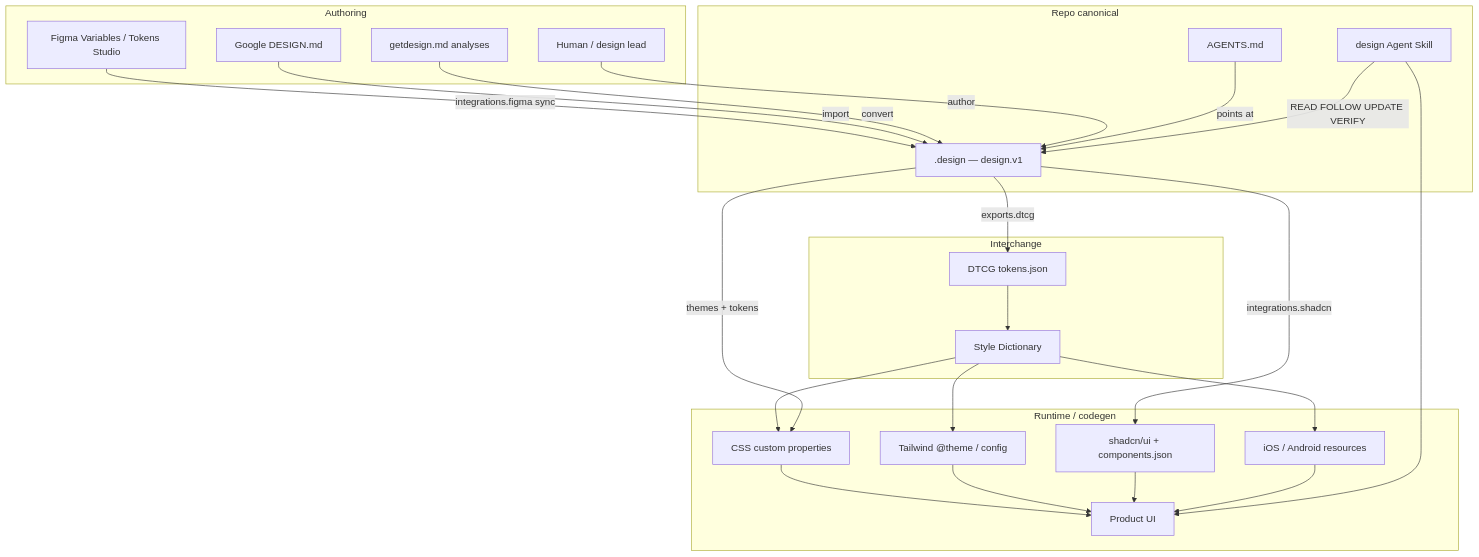
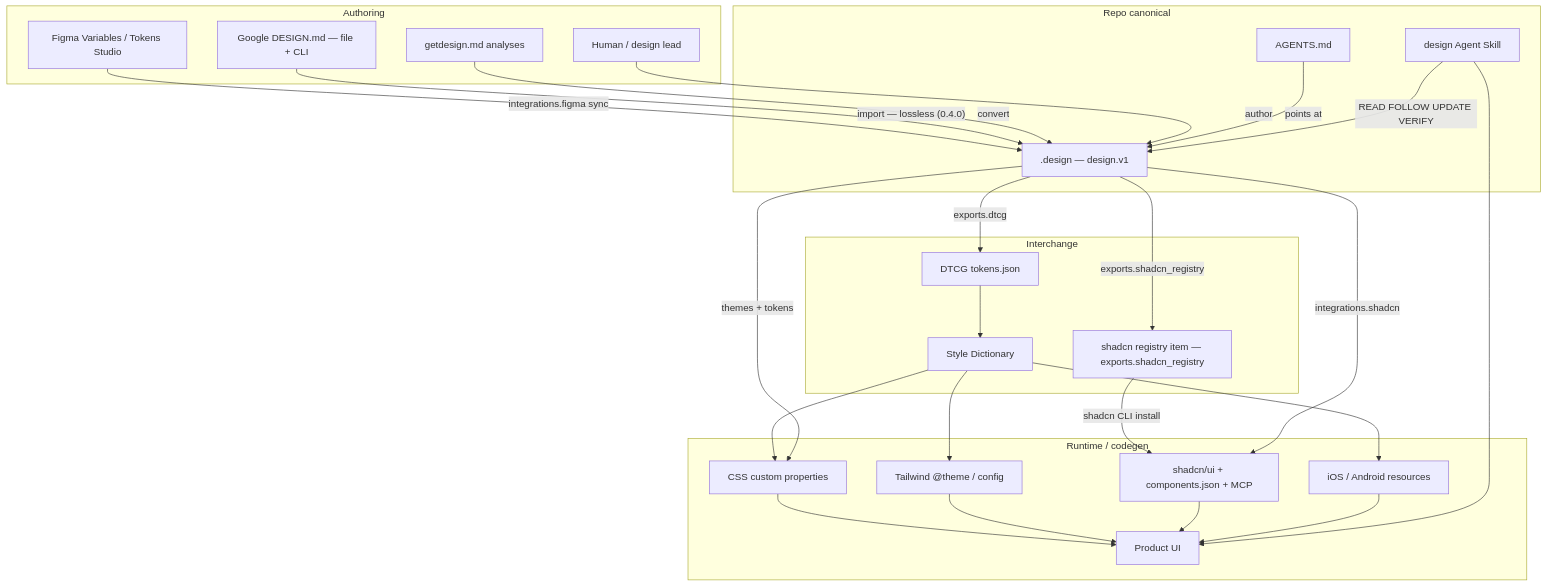
One commit to AgentsORG/DESIGN changed the first of 3 diagrams in docs/ecosystem.md. Above: the diagram before and after it, drawn with Mermaid. The commit also changed other lines of this file and 25 other files, not shown here.

````diff
--- a/docs/ecosystem.md
+++ b/docs/ecosystem.md
@@ -7,47 +7,50 @@
 ```mermaid
 flowchart TB
   subgraph authoring ["Authoring"]
     FIG[Figma Variables / Tokens Studio]
-    GMD[Google DESIGN.md]
+    GMD["Google DESIGN.md — file + CLI"]
     GET[getdesign.md analyses]
     HUM[Human / design lead]
   end
 
   subgraph canonical ["Repo canonical"]
     DES[".design — design.v1"]
     SK[design Agent Skill]
     AG[AGENTS.md]
   end
 
   subgraph interchange ["Interchange"]
     DTCG[DTCG tokens.json]
     SD[Style Dictionary]
+    REG["shadcn registry item — exports.shadcn_registry"]
   end
 
   subgraph runtime ["Runtime / codegen"]
     CSS[CSS custom properties]
     TW[Tailwind @theme / config]
-    SH[shadcn/ui + components.json]
+    SH["shadcn/ui + components.json + MCP"]
     IOS[iOS / Android resources]
     APP[Product UI]
   end
 
   FIG -->|integrations.figma sync| DES
-  GMD -->|import| DES
+  GMD -->|"import — lossless (0.4.0)"| DES
   GET -->|convert| DES
   HUM -->|author| DES
   AG -->|points at| DES
   SK -->|READ FOLLOW UPDATE VERIFY| DES
   DES -->|exports.dtcg| DTCG
+  DES -->|exports.shadcn_registry| REG
+  REG -->|shadcn CLI install| SH
   DTCG --> SD
   SD --> CSS
   SD --> TW
   SD --> IOS
   DES -->|integrations.shadcn| SH
   DES -->|themes + tokens| CSS
   CSS --> APP
   TW --> APP
   SH --> APP
   IOS --> APP
   SK --> APP
 ```
````
